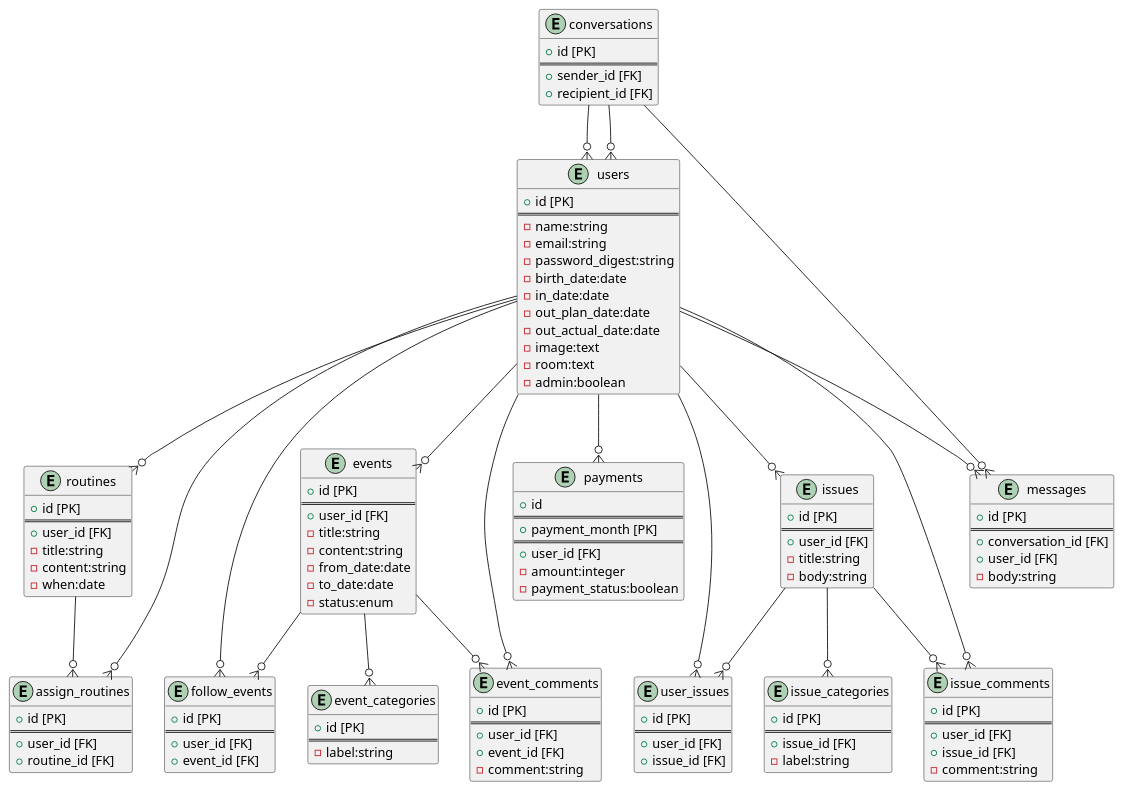
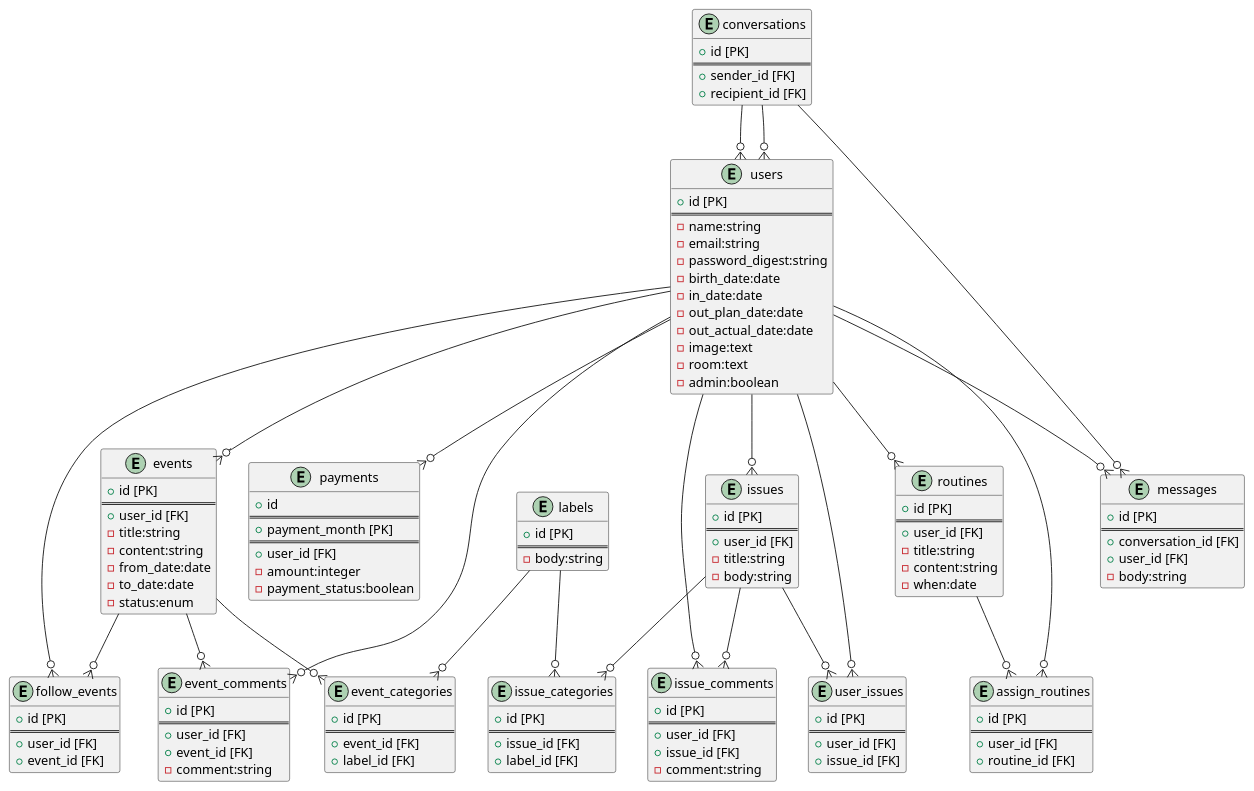
One commit to Decosan/share_mgr changed the diagram in public/my_app_er.pu. Above: the diagram before and after it, drawn with PlantUML. The commit also changed 10 other files, not shown here.

```diff
--- a/public/my_app_er.pu
+++ b/public/my_app_er.pu
@@ -1,126 +1,134 @@
 @startuml
 entity "users" {
     + id [PK]
     ==
     - name:string
     - email:string
     - password_digest:string
     - birth_date:date
     - in_date:date
     - out_plan_date:date
     - out_actual_date:date
     - image:text
     - room:text
     - admin:boolean
 }
 entity "routines" {
     + id [PK]
     ==
     + user_id [FK]
     - title:string
     - content:string
     - when:date
 }
 entity "assign_routines" {
     + id [PK]
     ==
     + user_id [FK]
     + routine_id [FK]
 }
 entity "events" {
     + id [PK]
     ==
     + user_id [FK]
     - title:string
     - content:string
     - from_date:date
     - to_date:date
     - status:enum
 }
 entity "follow_events" {
     + id [PK]
     ==
     + user_id [FK]
     + event_id [FK]
 }
 entity "event_comments" {
     + id [PK]
     ==
     + user_id [FK]
     + event_id [FK]
     - comment:string
 }
 entity "event_categories" {
     + id [PK]
     ==
-    - label:string
+    + event_id [FK]
+    + label_id [FK]
 }
 entity "payments" {
     + id
     ==
     + payment_month [PK]
     ==
     + user_id [FK]
     - amount:integer
     - payment_status:boolean
 }
 entity "issues" {
     + id [PK]
     ==
     + user_id [FK]
     - title:string
     - body:string
 }
 entity "user_issues" {
     + id [PK]
     ==
     + user_id [FK]
     + issue_id [FK]
 }
 entity "issue_comments" {
     + id [PK]
     ==
     + user_id [FK]
     + issue_id [FK]
     - comment:string
 }
 entity "issue_categories" {
     + id [PK]
     ==
     + issue_id [FK]
-    - label:string
+    + label_id [FK]
 }
 entity "conversations" {
     + id [PK]
     ==
     + sender_id [FK]
     + recipient_id [FK]
 }
 entity "messages" {
     + id [PK]
     ==
     + conversation_id [FK]
     + user_id [FK]
+    - body:string
+}
+entity "labels" {
+    + id [PK]
+    ==
     - body:string
 }
 users --o{ routines
 users --o{ assign_routines
 routines --o{ assign_routines
 users --o{ events
 users --o{ follow_events
 events --o{ follow_events
 events --o{ event_categories
 users --o{ event_comments
 events --o{ event_comments
 users --o{ payments
 users --o{ issues
 users --o{ user_issues
 issues --o{ user_issues
 users --o{ issue_comments
 issues --o{ issue_comments
 issues --o{ issue_categories
 conversations --o{ users
 conversations --o{ users
 users --o{ messages
 conversations --o{ messages
+labels --o{ event_categories
+labels --o{ issue_categories
 @enduml
```
